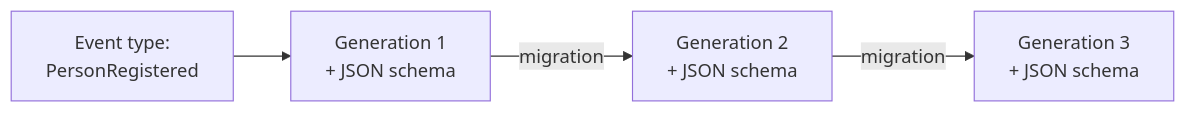
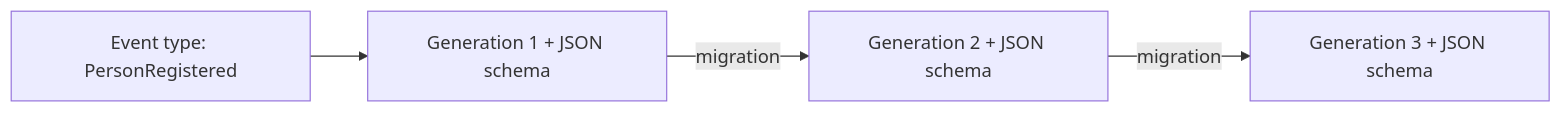
Before and after one commit to Cratis/Chronicle: the diagram in Documentation/concepts/event-type.md, drawn with Mermaid. The commit also changed 43 other files, not shown here.

````diff
--- a/Documentation/concepts/event-type.md
+++ b/Documentation/concepts/event-type.md
@@ -17,6 +17,6 @@
 ```mermaid
 flowchart LR
-    ET["Event type:<br/>PersonRegistered"] --> G1["Generation 1<br/>+ JSON schema"]
-    G1 -->|migration| G2["Generation 2<br/>+ JSON schema"]
-    G2 -->|migration| G3["Generation 3<br/>+ JSON schema"]
+    ET["Event type: PersonRegistered"] --> G1["Generation 1 + JSON schema"]
+    G1 -->|migration| G2["Generation 2 + JSON schema"]
+    G2 -->|migration| G3["Generation 3 + JSON schema"]
 ```
````
